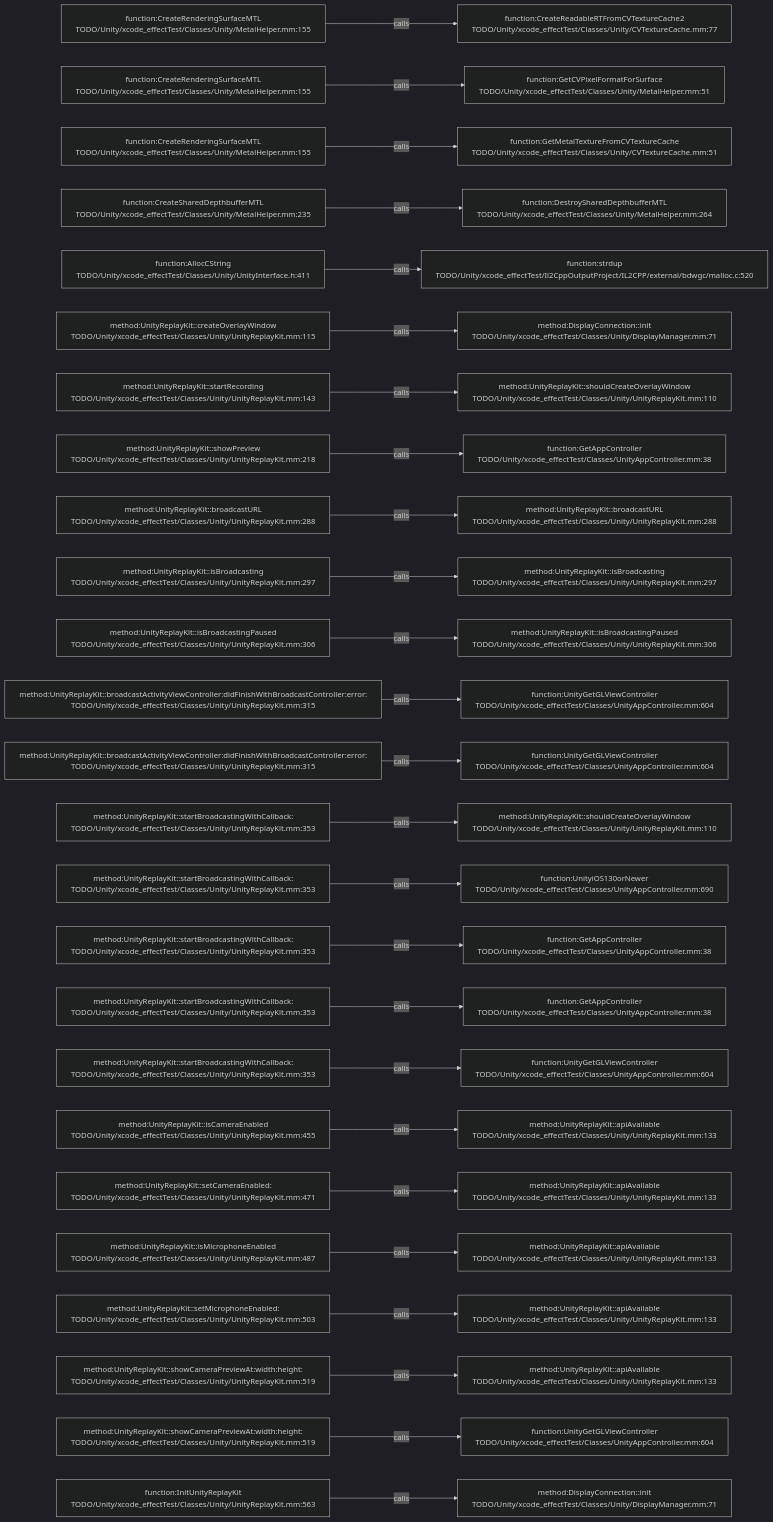
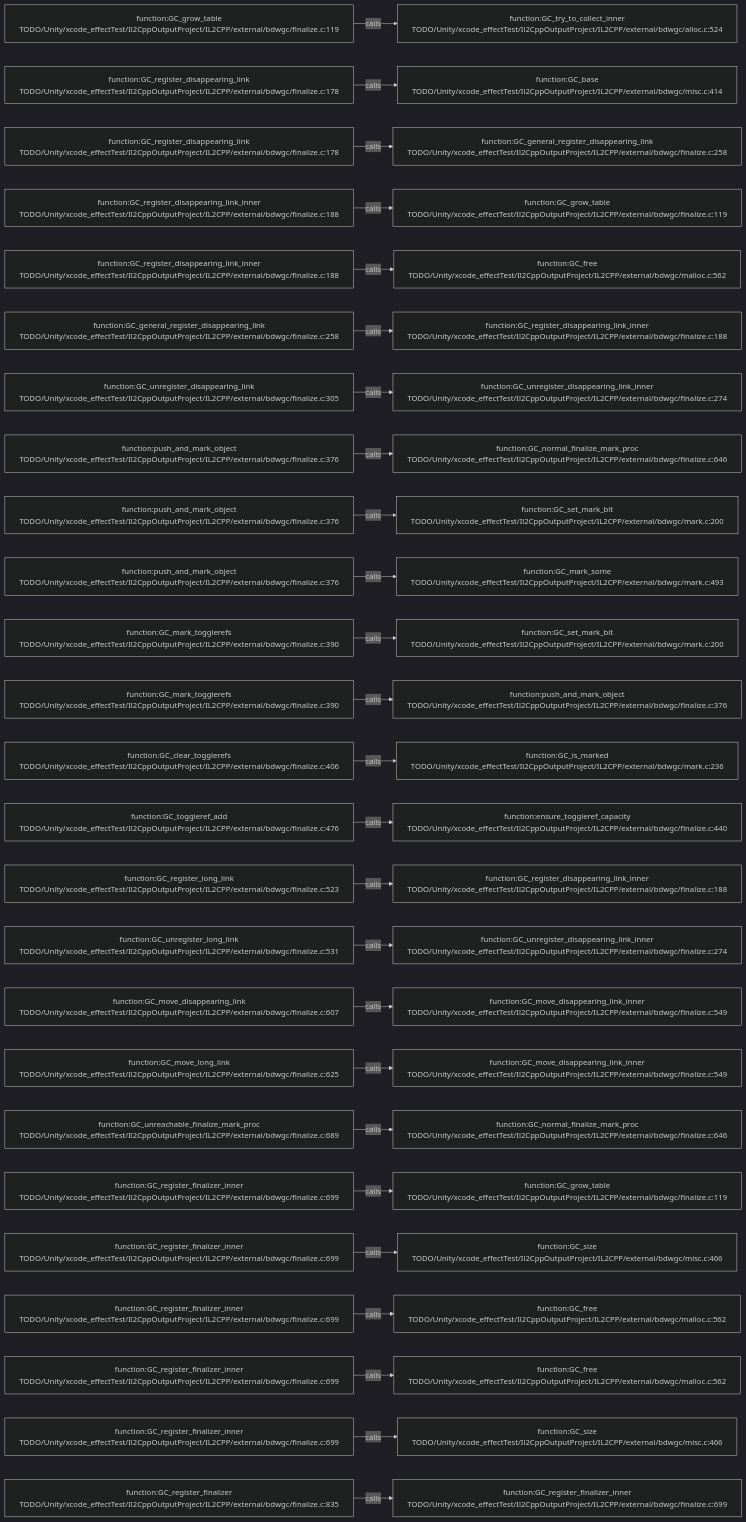
The diagram in .codegraph/codegraph.md/graphs/calls-109.md (JobsKits/JobsSwiftBaseConfigDemo), drawn with Mermaid (dark theme) before and after one commit. The commit also changed 227 other files, not shown here.

````diff
--- a/.codegraph/codegraph.md/graphs/calls-109.md
+++ b/.codegraph/codegraph.md/graphs/calls-109.md
@@ -13,78 +13,78 @@
 ```mermaid
 flowchart LR
-  S1["function:CreateRenderingSurfaceMTL<br/>TODO/Unity/xcode_effectTest/Classes/Unity/MetalHelper.mm:155"]
-  T1["function:CreateReadableRTFromCVTextureCache2<br/>TODO/Unity/xcode_effectTest/Classes/Unity/CVTextureCache.mm:77"]
+  S1["function:GC_grow_table<br/>TODO/Unity/xcode_effectTest/Il2CppOutputProject/IL2CPP/external/bdwgc/finalize.c:119"]
+  T1["function:GC_try_to_collect_inner<br/>TODO/Unity/xcode_effectTest/Il2CppOutputProject/IL2CPP/external/bdwgc/alloc.c:524"]
   S1 -->|calls| T1
-  S2["function:CreateRenderingSurfaceMTL<br/>TODO/Unity/xcode_effectTest/Classes/Unity/MetalHelper.mm:155"]
-  T2["function:GetCVPixelFormatForSurface<br/>TODO/Unity/xcode_effectTest/Classes/Unity/MetalHelper.mm:51"]
+  S2["function:GC_register_disappearing_link<br/>TODO/Unity/xcode_effectTest/Il2CppOutputProject/IL2CPP/external/bdwgc/finalize.c:178"]
+  T2["function:GC_base<br/>TODO/Unity/xcode_effectTest/Il2CppOutputProject/IL2CPP/external/bdwgc/misc.c:414"]
   S2 -->|calls| T2
-  S3["function:CreateRenderingSurfaceMTL<br/>TODO/Unity/xcode_effectTest/Classes/Unity/MetalHelper.mm:155"]
-  T3["function:GetMetalTextureFromCVTextureCache<br/>TODO/Unity/xcode_effectTest/Classes/Unity/CVTextureCache.mm:51"]
+  S3["function:GC_register_disappearing_link<br/>TODO/Unity/xcode_effectTest/Il2CppOutputProject/IL2CPP/external/bdwgc/finalize.c:178"]
+  T3["function:GC_general_register_disappearing_link<br/>TODO/Unity/xcode_effectTest/Il2CppOutputProject/IL2CPP/external/bdwgc/finalize.c:258"]
   S3 -->|calls| T3
-  S4["function:CreateSharedDepthbufferMTL<br/>TODO/Unity/xcode_effectTest/Classes/Unity/MetalHelper.mm:235"]
-  T4["function:DestroySharedDepthbufferMTL<br/>TODO/Unity/xcode_effectTest/Classes/Unity/MetalHelper.mm:264"]
+  S4["function:GC_register_disappearing_link_inner<br/>TODO/Unity/xcode_effectTest/Il2CppOutputProject/IL2CPP/external/bdwgc/finalize.c:188"]
+  T4["function:GC_grow_table<br/>TODO/Unity/xcode_effectTest/Il2CppOutputProject/IL2CPP/external/bdwgc/finalize.c:119"]
   S4 -->|calls| T4
-  S5["function:AllocCString<br/>TODO/Unity/xcode_effectTest/Classes/Unity/UnityInterface.h:411"]
-  T5["function:strdup<br/>TODO/Unity/xcode_effectTest/Il2CppOutputProject/IL2CPP/external/bdwgc/malloc.c:520"]
+  S5["function:GC_register_disappearing_link_inner<br/>TODO/Unity/xcode_effectTest/Il2CppOutputProject/IL2CPP/external/bdwgc/finalize.c:188"]
+  T5["function:GC_free<br/>TODO/Unity/xcode_effectTest/Il2CppOutputProject/IL2CPP/external/bdwgc/malloc.c:562"]
   S5 -->|calls| T5
-  S6["method:UnityReplayKit::createOverlayWindow<br/>TODO/Unity/xcode_effectTest/Classes/Unity/UnityReplayKit.mm:115"]
-  T6["method:DisplayConnection::init<br/>TODO/Unity/xcode_effectTest/Classes/Unity/DisplayManager.mm:71"]
+  S6["function:GC_general_register_disappearing_link<br/>TODO/Unity/xcode_effectTest/Il2CppOutputProject/IL2CPP/external/bdwgc/finalize.c:258"]
+  T6["function:GC_register_disappearing_link_inner<br/>TODO/Unity/xcode_effectTest/Il2CppOutputProject/IL2CPP/external/bdwgc/finalize.c:188"]
   S6 -->|calls| T6
-  S7["method:UnityReplayKit::startRecording<br/>TODO/Unity/xcode_effectTest/Classes/Unity/UnityReplayKit.mm:143"]
-  T7["method:UnityReplayKit::shouldCreateOverlayWindow<br/>TODO/Unity/xcode_effectTest/Classes/Unity/UnityReplayKit.mm:110"]
+  S7["function:GC_unregister_disappearing_link<br/>TODO/Unity/xcode_effectTest/Il2CppOutputProject/IL2CPP/external/bdwgc/finalize.c:305"]
+  T7["function:GC_unregister_disappearing_link_inner<br/>TODO/Unity/xcode_effectTest/Il2CppOutputProject/IL2CPP/external/bdwgc/finalize.c:274"]
   S7 -->|calls| T7
-  S8["method:UnityReplayKit::showPreview<br/>TODO/Unity/xcode_effectTest/Classes/Unity/UnityReplayKit.mm:218"]
-  T8["function:GetAppController<br/>TODO/Unity/xcode_effectTest/Classes/UnityAppController.mm:38"]
+  S8["function:push_and_mark_object<br/>TODO/Unity/xcode_effectTest/Il2CppOutputProject/IL2CPP/external/bdwgc/finalize.c:376"]
+  T8["function:GC_normal_finalize_mark_proc<br/>TODO/Unity/xcode_effectTest/Il2CppOutputProject/IL2CPP/external/bdwgc/finalize.c:646"]
   S8 -->|calls| T8
-  S9["method:UnityReplayKit::broadcastURL<br/>TODO/Unity/xcode_effectTest/Classes/Unity/UnityReplayKit.mm:288"]
-  T9["method:UnityReplayKit::broadcastURL<br/>TODO/Unity/xcode_effectTest/Classes/Unity/UnityReplayKit.mm:288"]
+  S9["function:push_and_mark_object<br/>TODO/Unity/xcode_effectTest/Il2CppOutputProject/IL2CPP/external/bdwgc/finalize.c:376"]
+  T9["function:GC_set_mark_bit<br/>TODO/Unity/xcode_effectTest/Il2CppOutputProject/IL2CPP/external/bdwgc/mark.c:200"]
   S9 -->|calls| T9
-  S10["method:UnityReplayKit::isBroadcasting<br/>TODO/Unity/xcode_effectTest/Classes/Unity/UnityReplayKit.mm:297"]
-  T10["method:UnityReplayKit::isBroadcasting<br/>TODO/Unity/xcode_effectTest/Classes/Unity/UnityReplayKit.mm:297"]
+  S10["function:push_and_mark_object<br/>TODO/Unity/xcode_effectTest/Il2CppOutputProject/IL2CPP/external/bdwgc/finalize.c:376"]
+  T10["function:GC_mark_some<br/>TODO/Unity/xcode_effectTest/Il2CppOutputProject/IL2CPP/external/bdwgc/mark.c:493"]
   S10 -->|calls| T10
-  S11["method:UnityReplayKit::isBroadcastingPaused<br/>TODO/Unity/xcode_effectTest/Classes/Unity/UnityReplayKit.mm:306"]
-  T11["method:UnityReplayKit::isBroadcastingPaused<br/>TODO/Unity/xcode_effectTest/Classes/Unity/UnityReplayKit.mm:306"]
+  S11["function:GC_mark_togglerefs<br/>TODO/Unity/xcode_effectTest/Il2CppOutputProject/IL2CPP/external/bdwgc/finalize.c:390"]
+  T11["function:GC_set_mark_bit<br/>TODO/Unity/xcode_effectTest/Il2CppOutputProject/IL2CPP/external/bdwgc/mark.c:200"]
   S11 -->|calls| T11
-  S12["method:UnityReplayKit::broadcastActivityViewController:didFinishWithBroadcastController:error:<br/>TODO/Unity/xcode_effectTest/Classes/Unity/UnityReplayKit.mm:315"]
-  T12["function:UnityGetGLViewController<br/>TODO/Unity/xcode_effectTest/Classes/UnityAppController.mm:604"]
+  S12["function:GC_mark_togglerefs<br/>TODO/Unity/xcode_effectTest/Il2CppOutputProject/IL2CPP/external/bdwgc/finalize.c:390"]
+  T12["function:push_and_mark_object<br/>TODO/Unity/xcode_effectTest/Il2CppOutputProject/IL2CPP/external/bdwgc/finalize.c:376"]
   S12 -->|calls| T12
-  S13["method:UnityReplayKit::broadcastActivityViewController:didFinishWithBroadcastController:error:<br/>TODO/Unity/xcode_effectTest/Classes/Unity/UnityReplayKit.mm:315"]
-  T13["function:UnityGetGLViewController<br/>TODO/Unity/xcode_effectTest/Classes/UnityAppController.mm:604"]
+  S13["function:GC_clear_togglerefs<br/>TODO/Unity/xcode_effectTest/Il2CppOutputProject/IL2CPP/external/bdwgc/finalize.c:406"]
+  T13["function:GC_is_marked<br/>TODO/Unity/xcode_effectTest/Il2CppOutputProject/IL2CPP/external/bdwgc/mark.c:236"]
   S13 -->|calls| T13
-  S14["method:UnityReplayKit::startBroadcastingWithCallback:<br/>TODO/Unity/xcode_effectTest/Classes/Unity/UnityReplayKit.mm:353"]
-  T14["method:UnityReplayKit::shouldCreateOverlayWindow<br/>TODO/Unity/xcode_effectTest/Classes/Unity/UnityReplayKit.mm:110"]
+  S14["function:GC_toggleref_add<br/>TODO/Unity/xcode_effectTest/Il2CppOutputProject/IL2CPP/external/bdwgc/finalize.c:476"]
+  T14["function:ensure_toggleref_capacity<br/>TODO/Unity/xcode_effectTest/Il2CppOutputProject/IL2CPP/external/bdwgc/finalize.c:440"]
   S14 -->|calls| T14
-  S15["method:UnityReplayKit::startBroadcastingWithCallback:<br/>TODO/Unity/xcode_effectTest/Classes/Unity/UnityReplayKit.mm:353"]
-  T15["function:UnityiOS130orNewer<br/>TODO/Unity/xcode_effectTest/Classes/UnityAppController.mm:690"]
+  S15["function:GC_register_long_link<br/>TODO/Unity/xcode_effectTest/Il2CppOutputProject/IL2CPP/external/bdwgc/finalize.c:523"]
+  T15["function:GC_register_disappearing_link_inner<br/>TODO/Unity/xcode_effectTest/Il2CppOutputProject/IL2CPP/external/bdwgc/finalize.c:188"]
   S15 -->|calls| T15
-  S16["method:UnityReplayKit::startBroadcastingWithCallback:<br/>TODO/Unity/xcode_effectTest/Classes/Unity/UnityReplayKit.mm:353"]
-  T16["function:GetAppController<br/>TODO/Unity/xcode_effectTest/Classes/UnityAppController.mm:38"]
+  S16["function:GC_unregister_long_link<br/>TODO/Unity/xcode_effectTest/Il2CppOutputProject/IL2CPP/external/bdwgc/finalize.c:531"]
+  T16["function:GC_unregister_disappearing_link_inner<br/>TODO/Unity/xcode_effectTest/Il2CppOutputProject/IL2CPP/external/bdwgc/finalize.c:274"]
   S16 -->|calls| T16
-  S17["method:UnityReplayKit::startBroadcastingWithCallback:<br/>TODO/Unity/xcode_effectTest/Classes/Unity/UnityReplayKit.mm:353"]
-  T17["function:GetAppController<br/>TODO/Unity/xcode_effectTest/Classes/UnityAppController.mm:38"]
+  S17["function:GC_move_disappearing_link<br/>TODO/Unity/xcode_effectTest/Il2CppOutputProject/IL2CPP/external/bdwgc/finalize.c:607"]
+  T17["function:GC_move_disappearing_link_inner<br/>TODO/Unity/xcode_effectTest/Il2CppOutputProject/IL2CPP/external/bdwgc/finalize.c:549"]
   S17 -->|calls| T17
-  S18["method:UnityReplayKit::startBroadcastingWithCallback:<br/>TODO/Unity/xcode_effectTest/Classes/Unity/UnityReplayKit.mm:353"]
-  T18["function:UnityGetGLViewController<br/>TODO/Unity/xcode_effectTest/Classes/UnityAppController.mm:604"]
+  S18["function:GC_move_long_link<br/>TODO/Unity/xcode_effectTest/Il2CppOutputProject/IL2CPP/external/bdwgc/finalize.c:625"]
+  T18["function:GC_move_disappearing_link_inner<br/>TODO/Unity/xcode_effectTest/Il2CppOutputProject/IL2CPP/external/bdwgc/finalize.c:549"]
   S18 -->|calls| T18
-  S19["method:UnityReplayKit::isCameraEnabled<br/>TODO/Unity/xcode_effectTest/Classes/Unity/UnityReplayKit.mm:455"]
-  T19["method:UnityReplayKit::apiAvailable<br/>TODO/Unity/xcode_effectTest/Classes/Unity/UnityReplayKit.mm:133"]
+  S19["function:GC_unreachable_finalize_mark_proc<br/>TODO/Unity/xcode_effectTest/Il2CppOutputProject/IL2CPP/external/bdwgc/finalize.c:689"]
+  T19["function:GC_normal_finalize_mark_proc<br/>TODO/Unity/xcode_effectTest/Il2CppOutputProject/IL2CPP/external/bdwgc/finalize.c:646"]
   S19 -->|calls| T19
-  S20["method:UnityReplayKit::setCameraEnabled:<br/>TODO/Unity/xcode_effectTest/Classes/Unity/UnityReplayKit.mm:471"]
-  T20["method:UnityReplayKit::apiAvailable<br/>TODO/Unity/xcode_effectTest/Classes/Unity/UnityReplayKit.mm:133"]
+  S20["function:GC_register_finalizer_inner<br/>TODO/Unity/xcode_effectTest/Il2CppOutputProject/IL2CPP/external/bdwgc/finalize.c:699"]
+  T20["function:GC_grow_table<br/>TODO/Unity/xcode_effectTest/Il2CppOutputProject/IL2CPP/external/bdwgc/finalize.c:119"]
   S20 -->|calls| T20
-  S21["method:UnityReplayKit::isMicrophoneEnabled<br/>TODO/Unity/xcode_effectTest/Classes/Unity/UnityReplayKit.mm:487"]
-  T21["method:UnityReplayKit::apiAvailable<br/>TODO/Unity/xcode_effectTest/Classes/Unity/UnityReplayKit.mm:133"]
+  S21["function:GC_register_finalizer_inner<br/>TODO/Unity/xcode_effectTest/Il2CppOutputProject/IL2CPP/external/bdwgc/finalize.c:699"]
+  T21["function:GC_size<br/>TODO/Unity/xcode_effectTest/Il2CppOutputProject/IL2CPP/external/bdwgc/misc.c:466"]
   S21 -->|calls| T21
-  S22["method:UnityReplayKit::setMicrophoneEnabled:<br/>TODO/Unity/xcode_effectTest/Classes/Unity/UnityReplayKit.mm:503"]
-  T22["method:UnityReplayKit::apiAvailable<br/>TODO/Unity/xcode_effectTest/Classes/Unity/UnityReplayKit.mm:133"]
+  S22["function:GC_register_finalizer_inner<br/>TODO/Unity/xcode_effectTest/Il2CppOutputProject/IL2CPP/external/bdwgc/finalize.c:699"]
+  T22["function:GC_free<br/>TODO/Unity/xcode_effectTest/Il2CppOutputProject/IL2CPP/external/bdwgc/malloc.c:562"]
   S22 -->|calls| T22
-  S23["method:UnityReplayKit::showCameraPreviewAt:width:height:<br/>TODO/Unity/xcode_effectTest/Classes/Unity/UnityReplayKit.mm:519"]
-  T23["method:UnityReplayKit::apiAvailable<br/>TODO/Unity/xcode_effectTest/Classes/Unity/UnityReplayKit.mm:133"]
+  S23["function:GC_register_finalizer_inner<br/>TODO/Unity/xcode_effectTest/Il2CppOutputProject/IL2CPP/external/bdwgc/finalize.c:699"]
+  T23["function:GC_free<br/>TODO/Unity/xcode_effectTest/Il2CppOutputProject/IL2CPP/external/bdwgc/malloc.c:562"]
   S23 -->|calls| T23
-  S24["method:UnityReplayKit::showCameraPreviewAt:width:height:<br/>TODO/Unity/xcode_effectTest/Classes/Unity/UnityReplayKit.mm:519"]
-  T24["function:UnityGetGLViewController<br/>TODO/Unity/xcode_effectTest/Classes/UnityAppController.mm:604"]
+  S24["function:GC_register_finalizer_inner<br/>TODO/Unity/xcode_effectTest/Il2CppOutputProject/IL2CPP/external/bdwgc/finalize.c:699"]
+  T24["function:GC_size<br/>TODO/Unity/xcode_effectTest/Il2CppOutputProject/IL2CPP/external/bdwgc/misc.c:466"]
   S24 -->|calls| T24
-  S25["function:InitUnityReplayKit<br/>TODO/Unity/xcode_effectTest/Classes/Unity/UnityReplayKit.mm:563"]
-  T25["method:DisplayConnection::init<br/>TODO/Unity/xcode_effectTest/Classes/Unity/DisplayManager.mm:71"]
+  S25["function:GC_register_finalizer<br/>TODO/Unity/xcode_effectTest/Il2CppOutputProject/IL2CPP/external/bdwgc/finalize.c:835"]
+  T25["function:GC_register_finalizer_inner<br/>TODO/Unity/xcode_effectTest/Il2CppOutputProject/IL2CPP/external/bdwgc/finalize.c:699"]
   S25 -->|calls| T25
 ```
````
